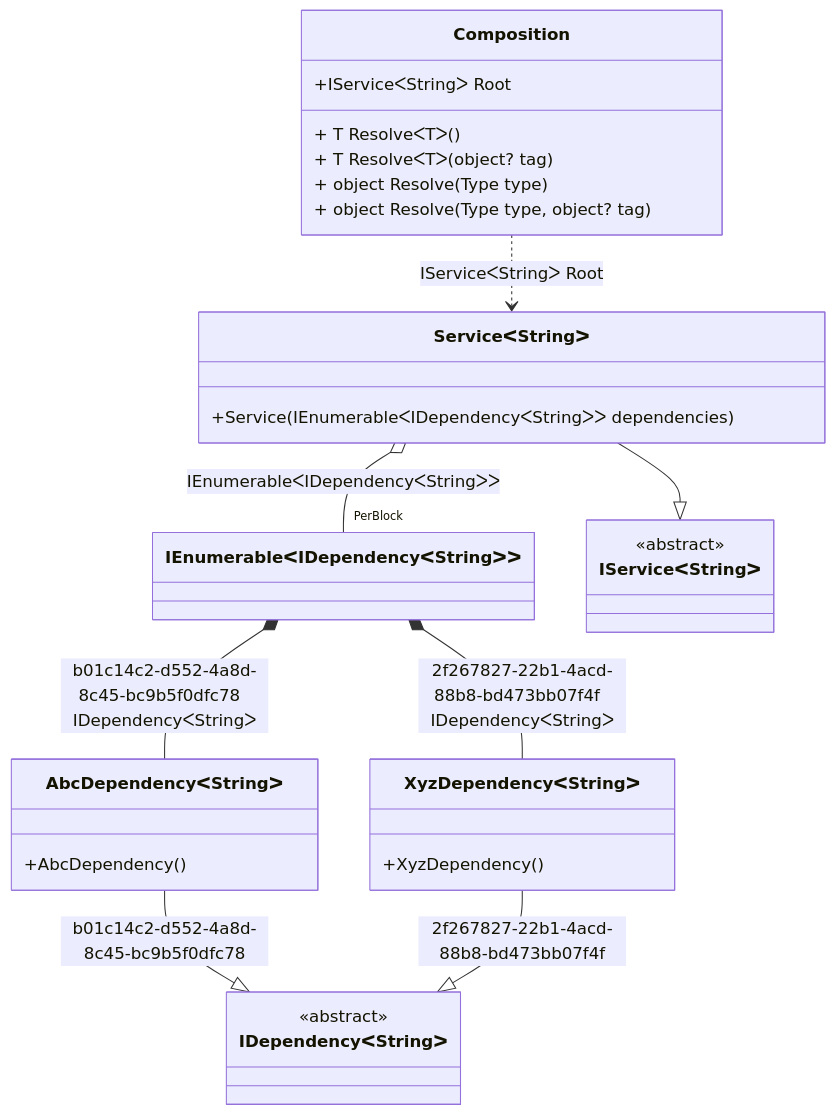
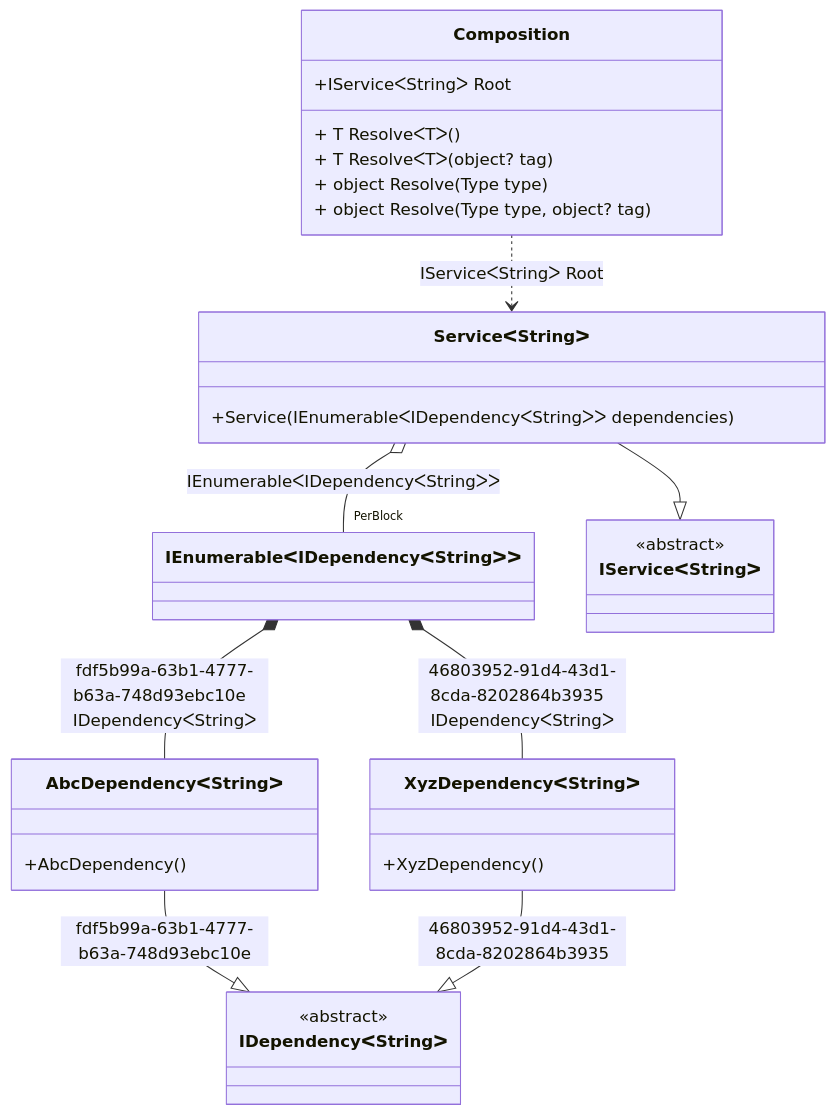
One commit to DevTeam/Pure.DI changed the diagram in readme/tag-unique.md. Above: the diagram before and after it, drawn with Mermaid. The commit also changed other lines of this file and 89 other files, not shown here.

````diff
--- a/readme/tag-unique.md
+++ b/readme/tag-unique.md
@@ -39,33 +39,33 @@
 ```mermaid
 classDiagram
   class Composition {
     +IServiceᐸStringᐳ Root
     + T ResolveᐸTᐳ()
     + T ResolveᐸTᐳ(object? tag)
     + object Resolve(Type type)
     + object Resolve(Type type, object? tag)
   }
   class IEnumerableᐸIDependencyᐸStringᐳᐳ
-  AbcDependencyᐸStringᐳ --|> IDependencyᐸStringᐳ : b01c14c2-d552-4a8d-8c45-bc9b5f0dfc78 
+  AbcDependencyᐸStringᐳ --|> IDependencyᐸStringᐳ : fdf5b99a-63b1-4777-b63a-748d93ebc10e 
   class AbcDependencyᐸStringᐳ {
     +AbcDependency()
   }
-  XyzDependencyᐸStringᐳ --|> IDependencyᐸStringᐳ : 2f267827-22b1-4acd-88b8-bd473bb07f4f 
+  XyzDependencyᐸStringᐳ --|> IDependencyᐸStringᐳ : 46803952-91d4-43d1-8cda-8202864b3935 
   class XyzDependencyᐸStringᐳ {
     +XyzDependency()
   }
   ServiceᐸStringᐳ --|> IServiceᐸStringᐳ : 
   class ServiceᐸStringᐳ {
     +Service(IEnumerableᐸIDependencyᐸStringᐳᐳ dependencies)
   }
   class IDependencyᐸStringᐳ {
     <<abstract>>
   }
   class IServiceᐸStringᐳ {
     <<abstract>>
   }
-  IEnumerableᐸIDependencyᐸStringᐳᐳ *--  AbcDependencyᐸStringᐳ : b01c14c2-d552-4a8d-8c45-bc9b5f0dfc78  IDependencyᐸStringᐳ
-  IEnumerableᐸIDependencyᐸStringᐳᐳ *--  XyzDependencyᐸStringᐳ : 2f267827-22b1-4acd-88b8-bd473bb07f4f  IDependencyᐸStringᐳ
+  IEnumerableᐸIDependencyᐸStringᐳᐳ *--  AbcDependencyᐸStringᐳ : fdf5b99a-63b1-4777-b63a-748d93ebc10e  IDependencyᐸStringᐳ
+  IEnumerableᐸIDependencyᐸStringᐳᐳ *--  XyzDependencyᐸStringᐳ : 46803952-91d4-43d1-8cda-8202864b3935  IDependencyᐸStringᐳ
   Composition ..> ServiceᐸStringᐳ : IServiceᐸStringᐳ Root
   ServiceᐸStringᐳ o--  "PerBlock" IEnumerableᐸIDependencyᐸStringᐳᐳ : IEnumerableᐸIDependencyᐸStringᐳᐳ
 ```
````
